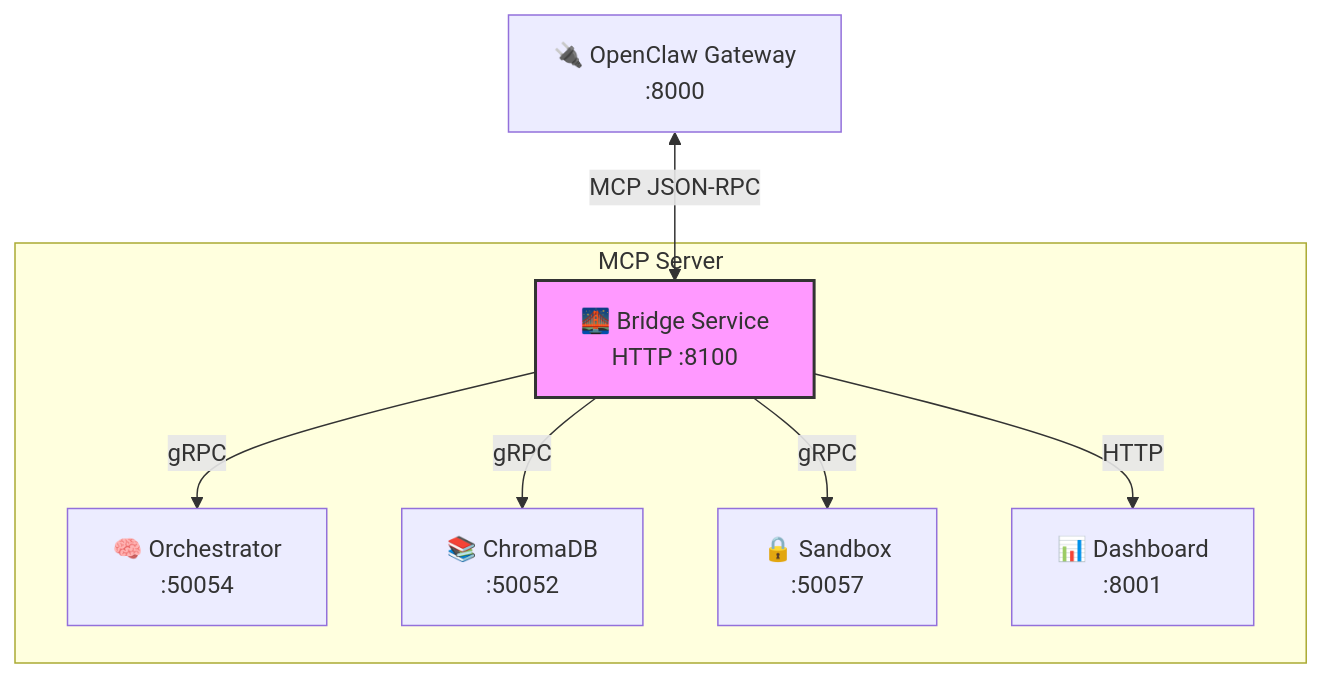
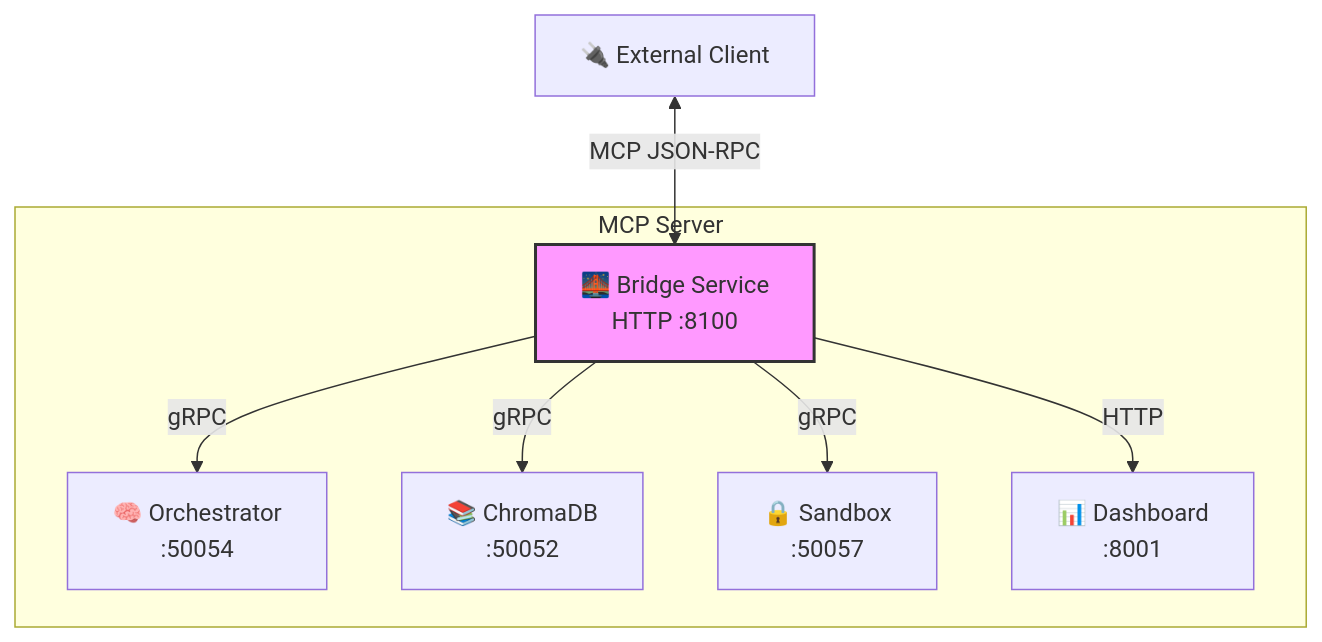
Before and after one commit to sertannavdann/gRPC_LLM_Container: diagram 14 of 15 in docs/archive/HIGH_LEVEL_DESIGN.md, drawn with Mermaid. The commit also changed other lines of this file and 4 other files, not shown here.

````diff
--- a/docs/archive/HIGH_LEVEL_DESIGN.md
+++ b/docs/archive/HIGH_LEVEL_DESIGN.md
@@ -449,13 +684,13 @@
 ```mermaid
 graph TD
-    OC[🔌 OpenClaw Gateway<br/>:8000] <-->|MCP JSON-RPC| Bridge[🌉 Bridge Service<br/>HTTP :8100]
-    
+    Client[🔌 External Client] <-->|MCP JSON-RPC| Bridge[🌉 Bridge Service<br/>HTTP :8100]
+
     subgraph "MCP Server"
         Bridge -->|gRPC| Orch[🧠 Orchestrator<br/>:50054]
         Bridge -->|gRPC| Chroma[📚 ChromaDB<br/>:50052]
         Bridge -->|gRPC| Sandbox[🔒 Sandbox<br/>:50057]
         Bridge -->|HTTP| Dashboard[📊 Dashboard<br/>:8001]
     end
-    
+
     style Bridge fill:#f9f,stroke:#333,stroke-width:2px
 ```
````
